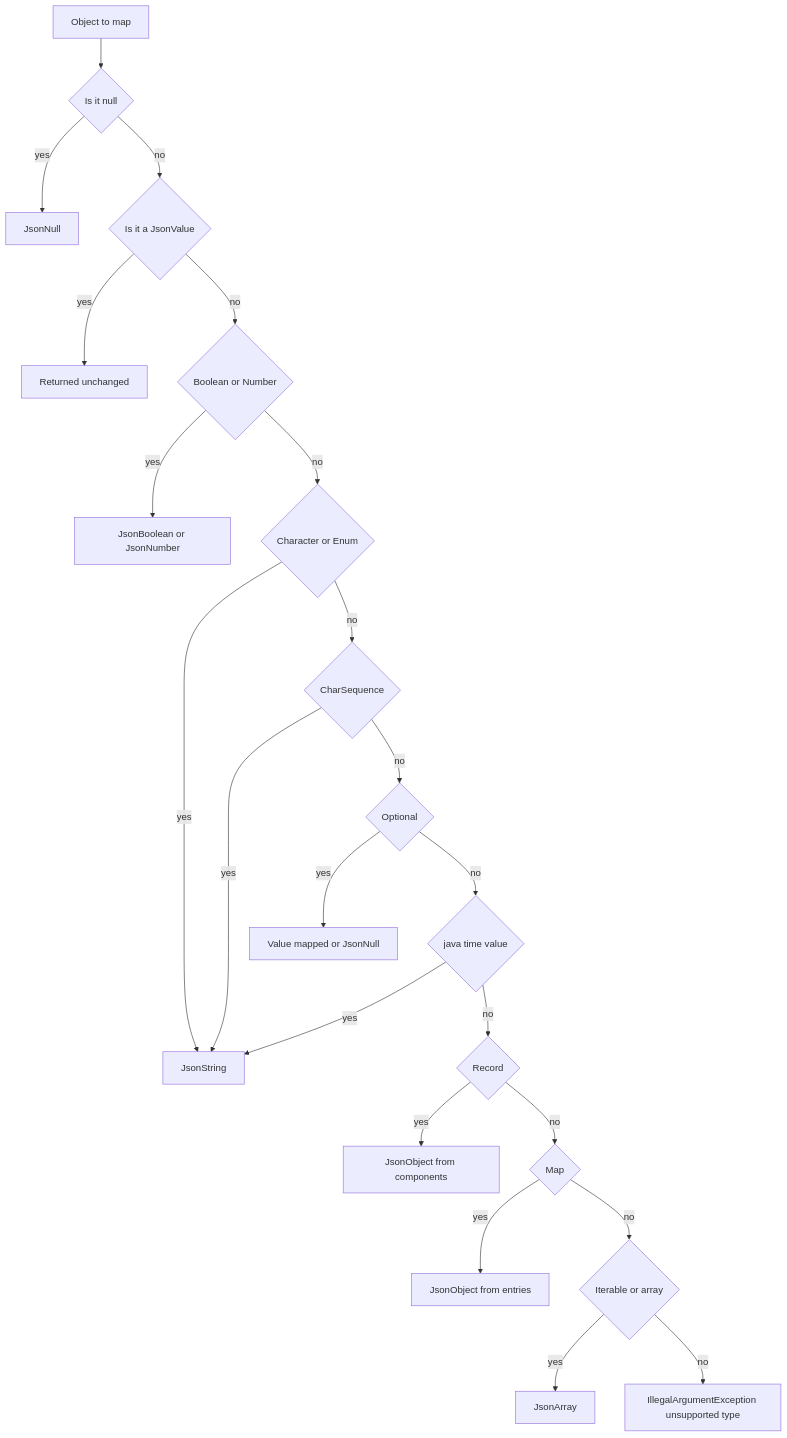
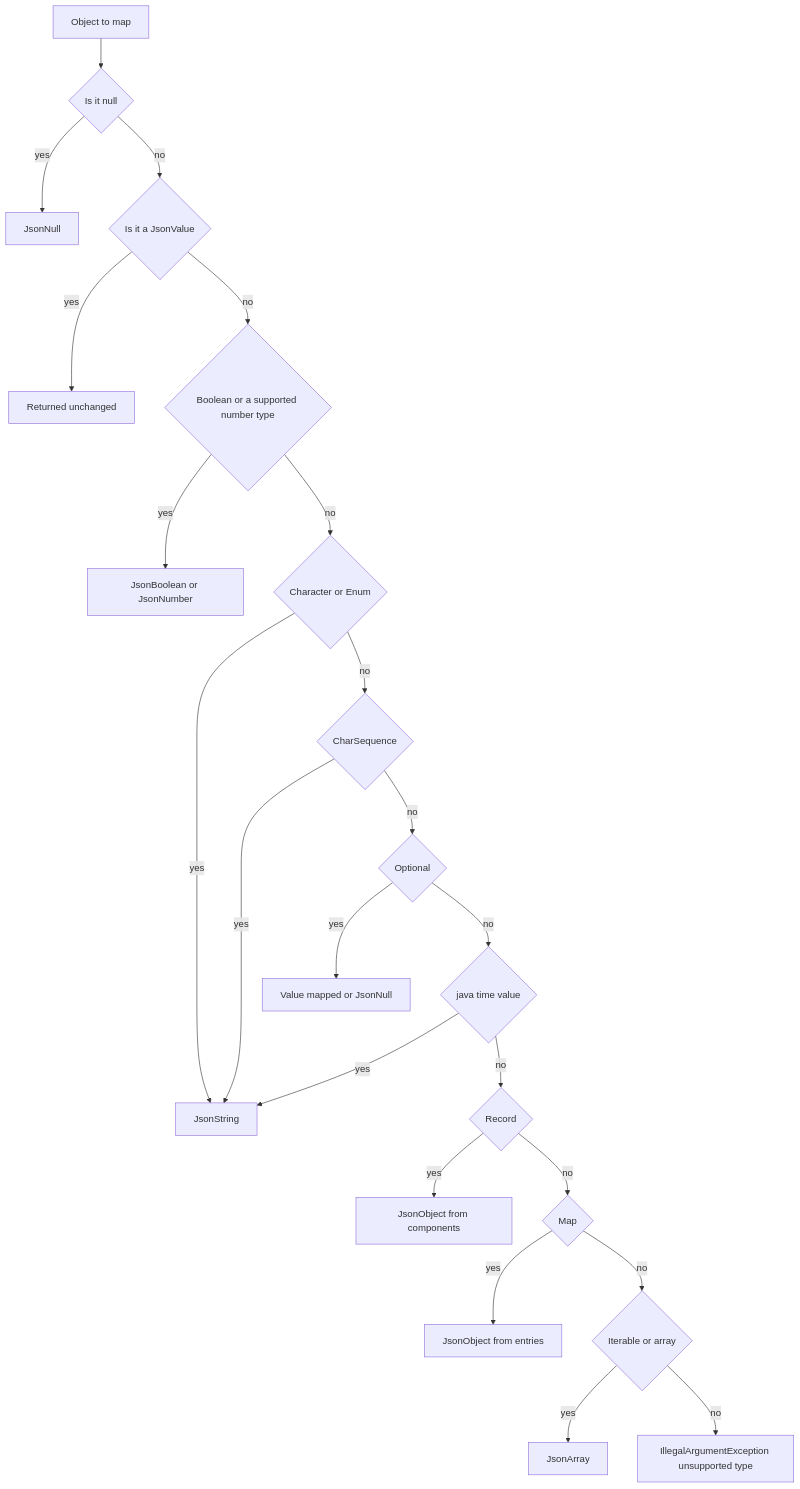
The second of 2 diagrams in tasks/30-json-writer.md (Chris013/java-practice), drawn with Mermaid before and after one commit. The commit also changed other lines of this file and 2 other files, not shown here.

````diff
--- a/tasks/30-json-writer.md
+++ b/tasks/30-json-writer.md
@@ -70,24 +70,24 @@
 ```mermaid
 flowchart TD
     A[Object to map] --> B{Is it null}
     B -->|yes| R1[JsonNull]
     B -->|no| C{Is it a JsonValue}
     C -->|yes| R2[Returned unchanged]
-    C -->|no| D{Boolean or Number}
+    C -->|no| D{Boolean or a supported number type}
     D -->|yes| R3[JsonBoolean or JsonNumber]
     D -->|no| E{Character or Enum}
     E -->|yes| R4[JsonString]
     E -->|no| F{CharSequence}
     F -->|yes| R4
     F -->|no| G{Optional}
     G -->|yes| R5[Value mapped or JsonNull]
     G -->|no| H{java time value}
     H -->|yes| R4
     H -->|no| I{Record}
     I -->|yes| R6[JsonObject from components]
     I -->|no| J{Map}
     J -->|yes| R7[JsonObject from entries]
     J -->|no| K{Iterable or array}
     K -->|yes| R8[JsonArray]
     K -->|no| R9[IllegalArgumentException unsupported type]
 ```
````
